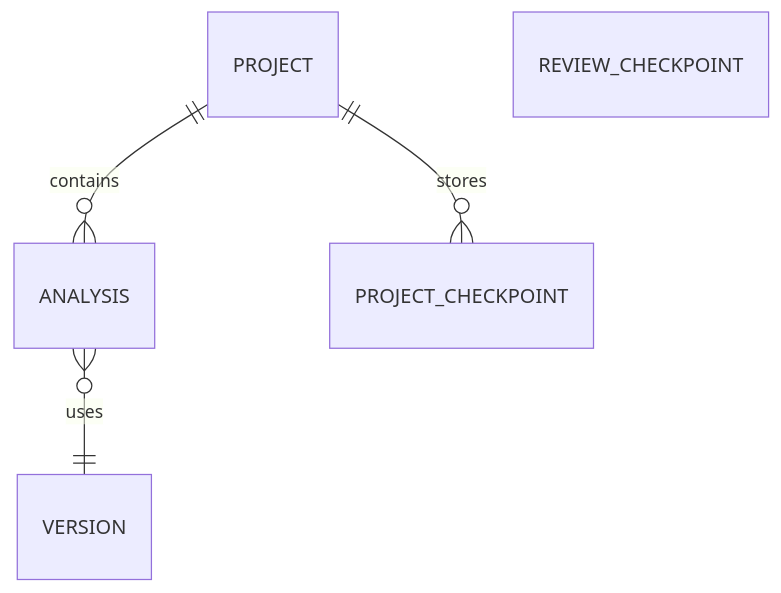
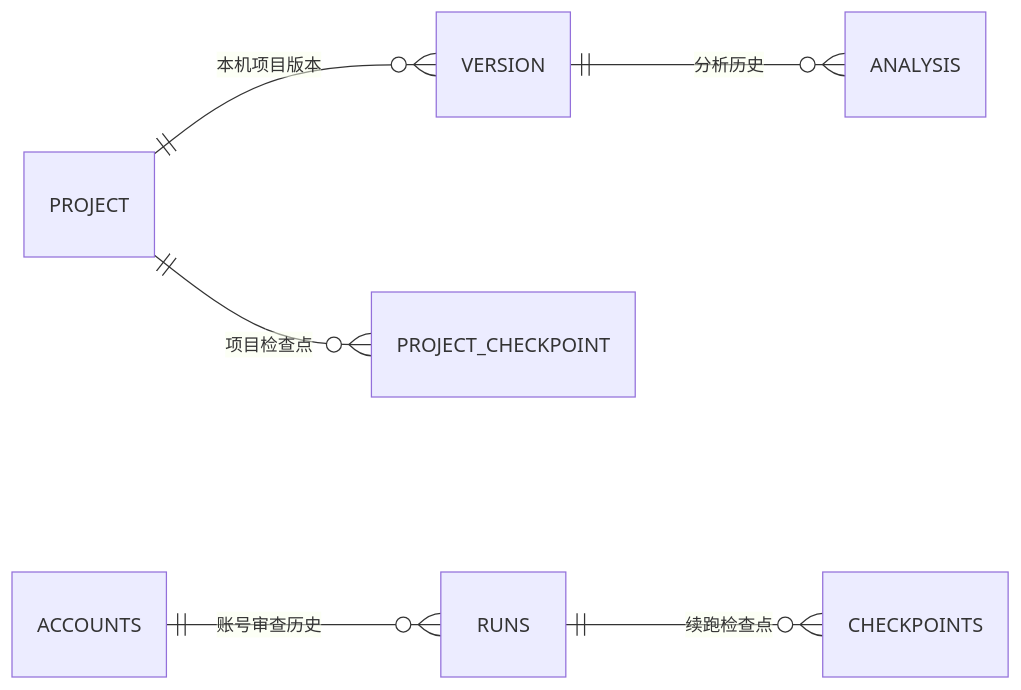
Before and after one commit to kane0204/CodeLens: the fifth of 5 diagrams in docs/slides/slides.md, drawn with Mermaid. The commit also changed other lines of this file, not shown here.

````diff
--- a/docs/slides/slides.md
+++ b/docs/slides/slides.md
@@ -313,7 +273,9 @@
 ```mermaid
 erDiagram
-    PROJECT ||--o{ ANALYSIS : contains
-    PROJECT ||--o{ PROJECT_CHECKPOINT : stores
-    ANALYSIS }o--|| VERSION : uses
-    REVIEW_CHECKPOINT
+    direction LR
+    PROJECT ||--o{ VERSION : "本机项目版本"
+    VERSION ||--o{ ANALYSIS : "分析历史"
+    PROJECT ||--o{ PROJECT_CHECKPOINT : "项目检查点"
+    ACCOUNTS ||--o{ RUNS : "账号审查历史"
+    RUNS ||--o{ CHECKPOINTS : "续跑检查点"
 ```
````
